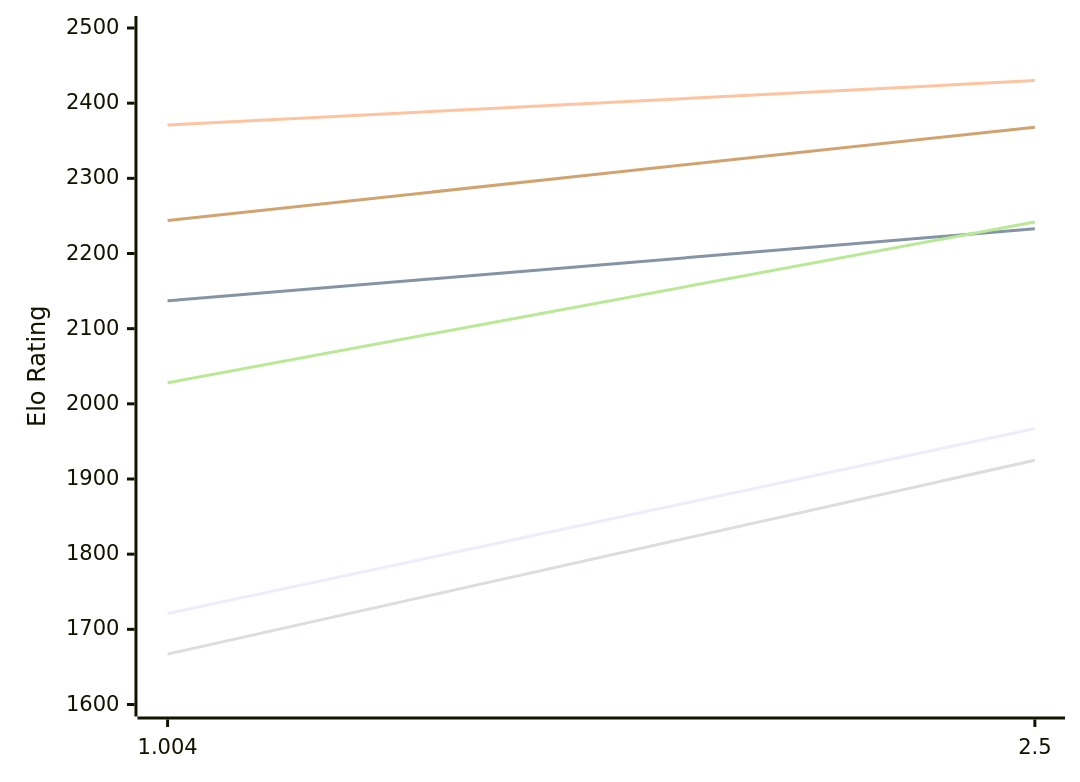
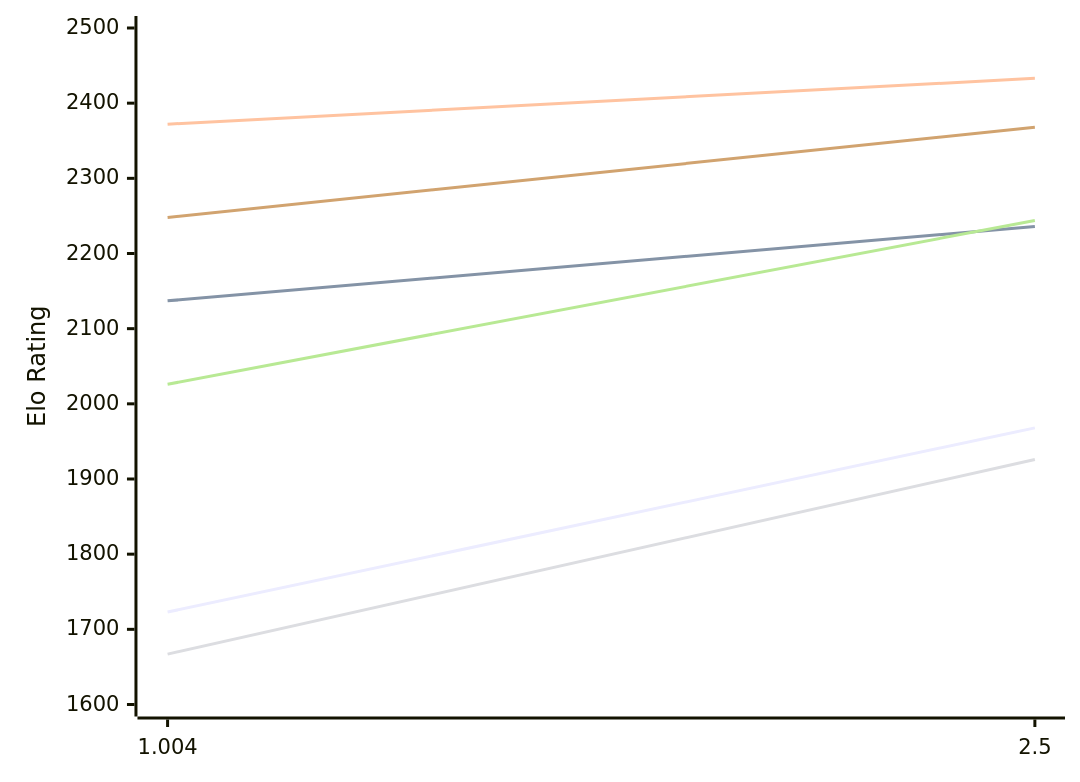
The first of 2 diagrams in engines/Ares.md (computer-chess-index/cci), drawn with Mermaid before and after one commit. The commit also changed other lines of this file, not shown here.

Commit message:
Update CCI Ratings (ELO VLTC) - 2026-11-26

````diff
--- a/engines/Ares.md
+++ b/engines/Ares.md
@@ -50,12 +50,12 @@
 ```mermaid
 %%{init: {"theme":"base","themeVariables":{"seriesColors:['#a3a3a3','#222221','#faa371']}}}%%
 xychart-beta
   x-axis ["1.004", "2.5"]
   y-axis "Elo Rating" 1600 --> 2500
-  line "E1: STC (8.0+0.08s)" [1721, 1967]
-  line "E1: LTC (60.0+0.60s)" [2137, 2233]
-  line "E1: VLTC (2m24s+1.12s)" [2371, 2430]
-  line "P1: STC (8.0+0.08s)" [1667, 1925]
-  line "P1: LTC (60.0+0.60s)" [2028, 2242]
-  line "P1: VLTC (2m24s+1.12s)" [2244, 2368]
+  line "E1: STC (8.0+0.08s)" [1723, 1968]
+  line "E1: LTC (60.0+0.60s)" [2137, 2236]
+  line "E1: VLTC (2m24s+1.12s)" [2372, 2433]
+  line "P1: STC (8.0+0.08s)" [1667, 1926]
+  line "P1: LTC (60.0+0.60s)" [2026, 2244]
+  line "P1: VLTC (2m24s+1.12s)" [2248, 2368]
 ```
````
